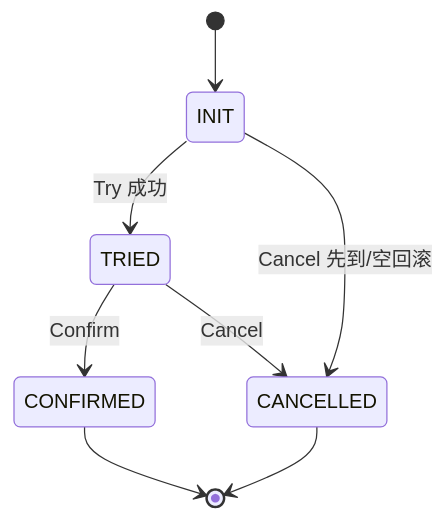
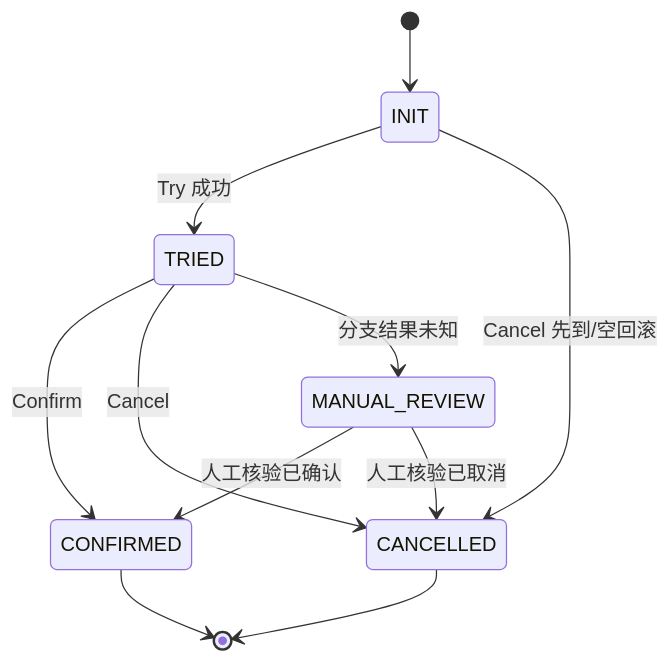
Before and after one commit to JN6565/MiniAlalipay: diagram 22 of 32 in docs/minialalipay/minialalipay-system-analysis.md, drawn with Mermaid. The commit also changed other lines of this file and 25 other files, not shown here.

````diff
--- a/docs/minialalipay/minialalipay-system-analysis.md
+++ b/docs/minialalipay/minialalipay-system-analysis.md
@@ -1541,10 +1541,13 @@
 ```mermaid
 stateDiagram-v2
     [*] --> INIT
     INIT --> TRIED: Try 成功
     INIT --> CANCELLED: Cancel 先到/空回滚
     TRIED --> CONFIRMED: Confirm
     TRIED --> CANCELLED: Cancel
+    TRIED --> MANUAL_REVIEW: 分支结果未知
+    MANUAL_REVIEW --> CONFIRMED: 人工核验已确认
+    MANUAL_REVIEW --> CANCELLED: 人工核验已取消
     CONFIRMED --> [*]
     CANCELLED --> [*]
 ```
````
